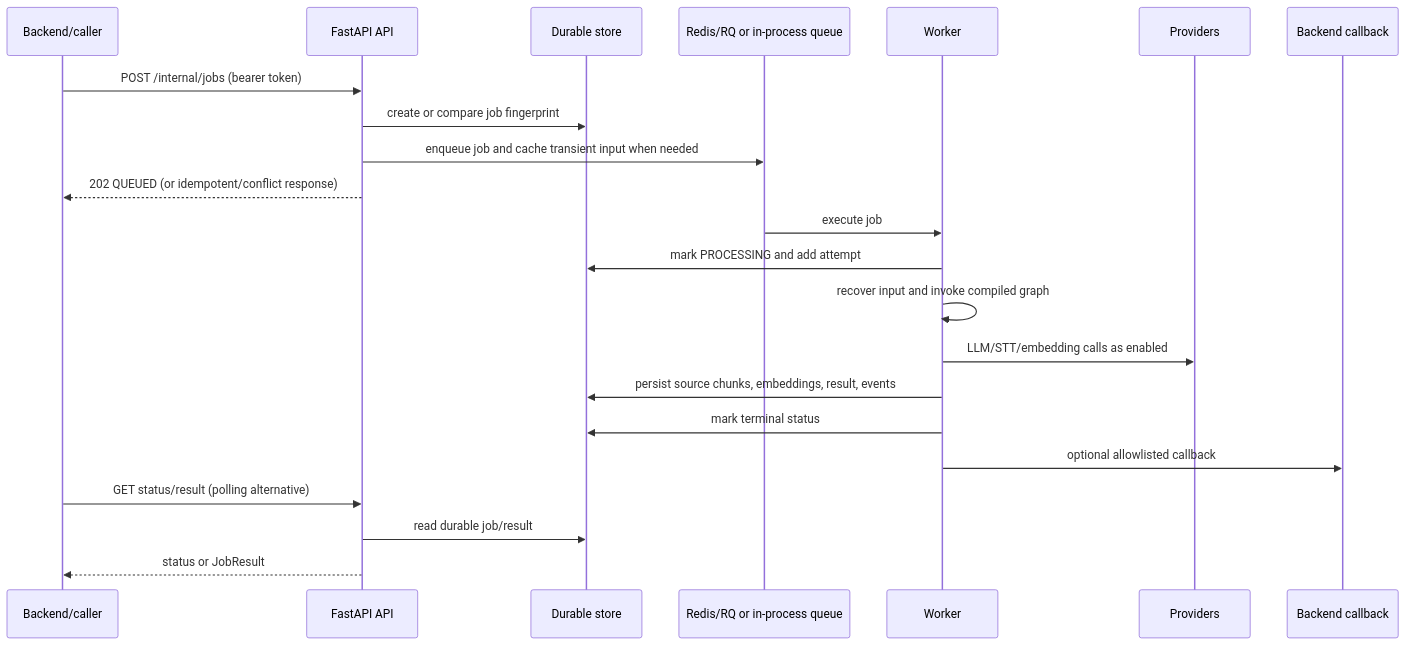
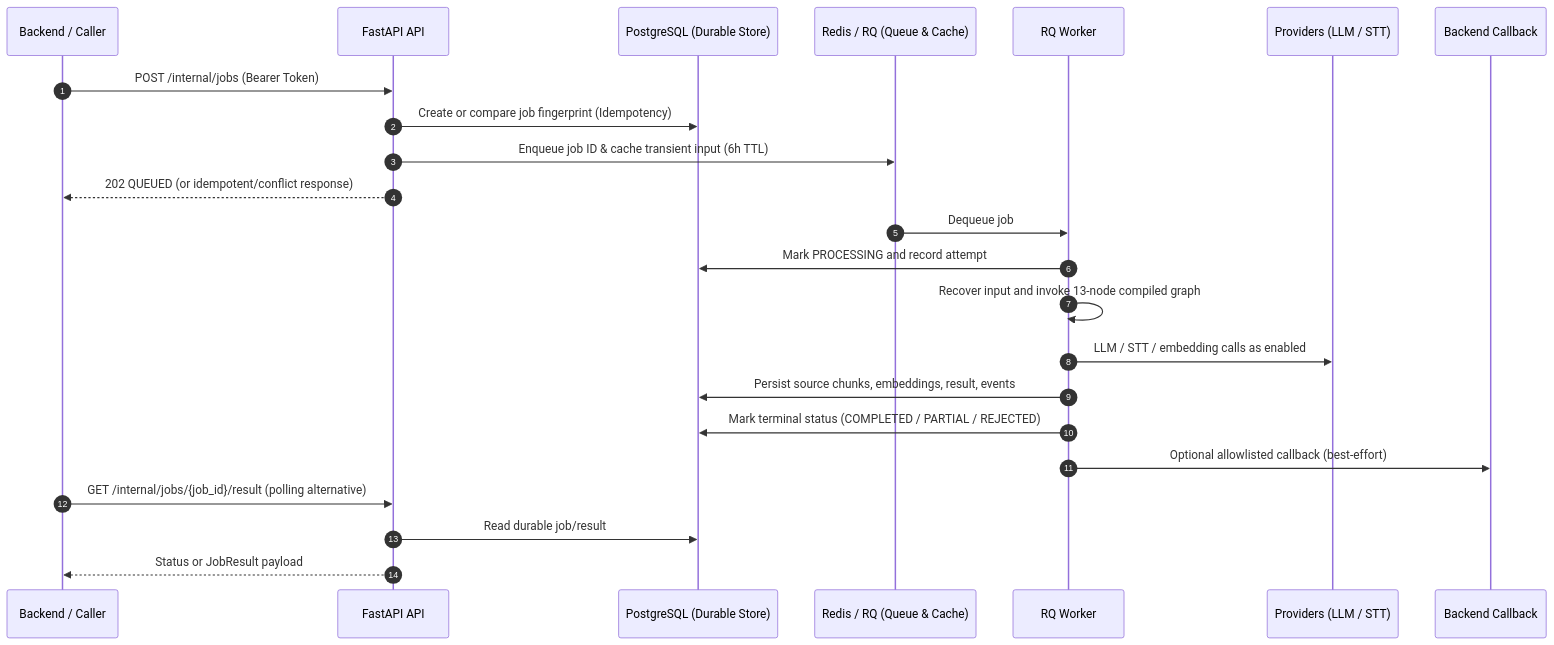
Before and after one commit to Requra/ai-pipeline: the second of 2 diagrams in docs/03-system-architecture.md, drawn with Mermaid. The commit also changed other lines of this file and 19 other files, not shown here.

Commit message:
docs(architecture): align docs and README with 13-node unified source preparation graph

````diff
--- a/docs/03-system-architecture.md
+++ b/docs/03-system-architecture.md
@@ -35,25 +35,26 @@
 ```mermaid
 sequenceDiagram
-    participant B as Backend/caller
+    autonumber
+    participant B as Backend / Caller
     participant A as FastAPI API
-    participant D as Durable store
-    participant Q as Redis/RQ or in-process queue
-    participant W as Worker
-    participant P as Providers
-    participant C as Backend callback
+    participant D as PostgreSQL (Durable Store)
+    participant Q as Redis / RQ (Queue & Cache)
+    participant W as RQ Worker
+    participant P as Providers (LLM / STT)
+    participant C as Backend Callback
 
-    B->>A: POST /internal/jobs (bearer token)
-    A->>D: create or compare job fingerprint
-    A->>Q: enqueue job and cache transient input when needed
+    B->>A: POST /internal/jobs (Bearer Token)
+    A->>D: Create or compare job fingerprint (Idempotency)
+    A->>Q: Enqueue job ID & cache transient input (6h TTL)
     A-->>B: 202 QUEUED (or idempotent/conflict response)
-    Q->>W: execute job
-    W->>D: mark PROCESSING and add attempt
-    W->>W: recover input and invoke compiled graph
-    W->>P: LLM/STT/embedding calls as enabled
-    W->>D: persist source chunks, embeddings, result, events
-    W->>D: mark terminal status
-    W->>C: optional allowlisted callback
-    B->>A: GET status/result (polling alternative)
-    A->>D: read durable job/result
-    A-->>B: status or JobResult
+    Q->>W: Dequeue job
+    W->>D: Mark PROCESSING and record attempt
+    W->>W: Recover input and invoke 13-node compiled graph
+    W->>P: LLM / STT / embedding calls as enabled
+    W->>D: Persist source chunks, embeddings, result, events
+    W->>D: Mark terminal status (COMPLETED / PARTIAL / REJECTED)
+    W->>C: Optional allowlisted callback (best-effort)
+    B->>A: GET /internal/jobs/{job_id}/result (polling alternative)
+    A->>D: Read durable job/result
+    A-->>B: Status or JobResult payload
 ```
````
